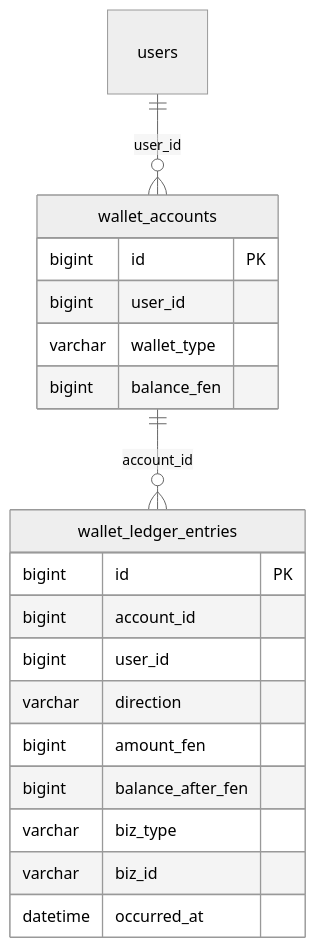
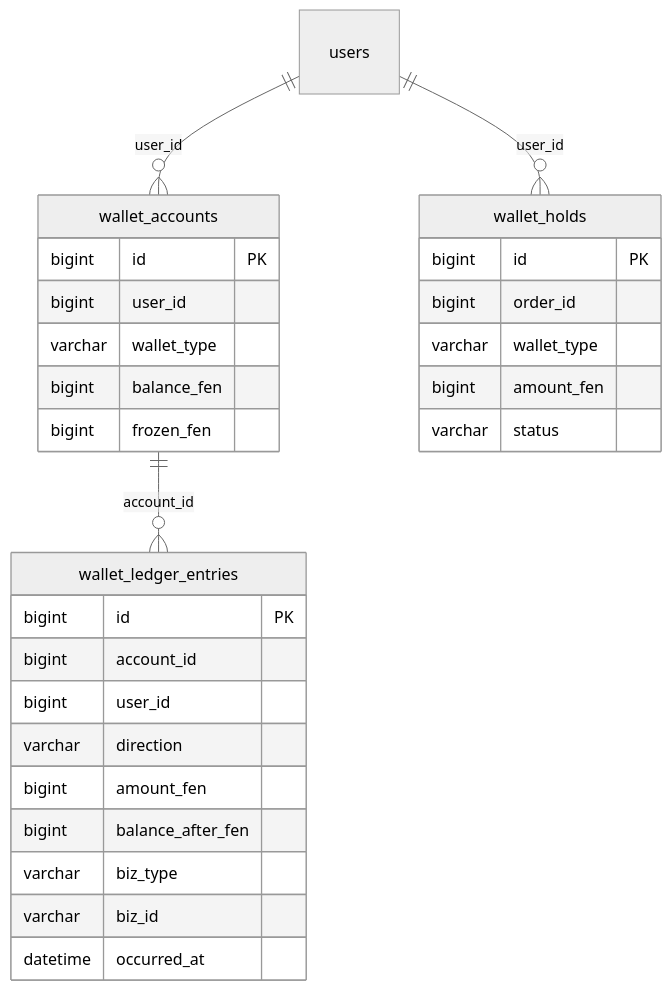
Before and after one commit to songyunhmiLY/aurel-mall-api: the fourth of 7 diagrams in docs/er.md, drawn with Mermaid (neutral theme). The commit also changed other lines of this file and 42 other files, not shown here.

````diff
--- a/docs/er.md
+++ b/docs/er.md
@@ -172,23 +183,32 @@
 ```mermaid
 erDiagram
   users ||--o{ wallet_accounts : "user_id"
+  users ||--o{ wallet_holds : "user_id"
   wallet_accounts ||--o{ wallet_ledger_entries : "account_id"
 
   wallet_accounts {
     bigint id PK
     bigint user_id
     varchar wallet_type
     bigint balance_fen
+    bigint frozen_fen
+  }
+  wallet_holds {
+    bigint id PK
+    bigint order_id
+    varchar wallet_type
+    bigint amount_fen
+    varchar status
   }
   wallet_ledger_entries {
     bigint id PK
     bigint account_id
     bigint user_id
     varchar direction
     bigint amount_fen
     bigint balance_after_fen
     varchar biz_type
     varchar biz_id
     datetime occurred_at
   }
 ```
````
